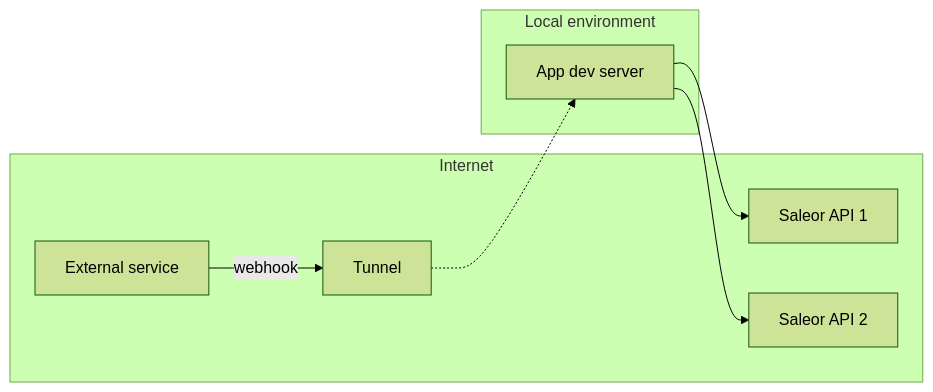
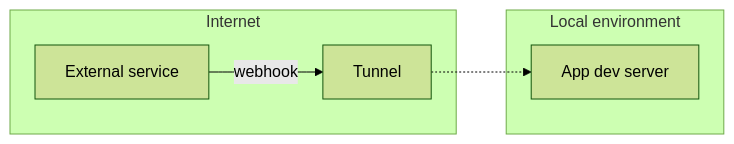
The third of 3 diagrams in docs/developer/extending/apps/apps-patterns/handling-external-webhooks.mdx (saleor/saleor-docs), drawn with Mermaid (forest theme) before and after one commit. The commit also changed other lines of this file, not shown here.

Commit message:
Graphs rework

````diff
--- a/docs/developer/extending/apps/apps-patterns/handling-external-webhooks.mdx
+++ b/docs/developer/extending/apps/apps-patterns/handling-external-webhooks.mdx
@@ -14,24 +40,18 @@
 ```mermaid
 flowchart LR
     a[App dev server]
     t[Tunnel]
-    c1[Saleor API 1]
-    c2[Saleor API 2]
     e[External service]
 
     subgraph Internet
         e
         t
-        c1
-        c2
     end
 
     subgraph Local environment
         a
     end
 
     e -- webhook --> t
     t -.-> a
-    a --> c1
-    a --> c2
 ```
````
